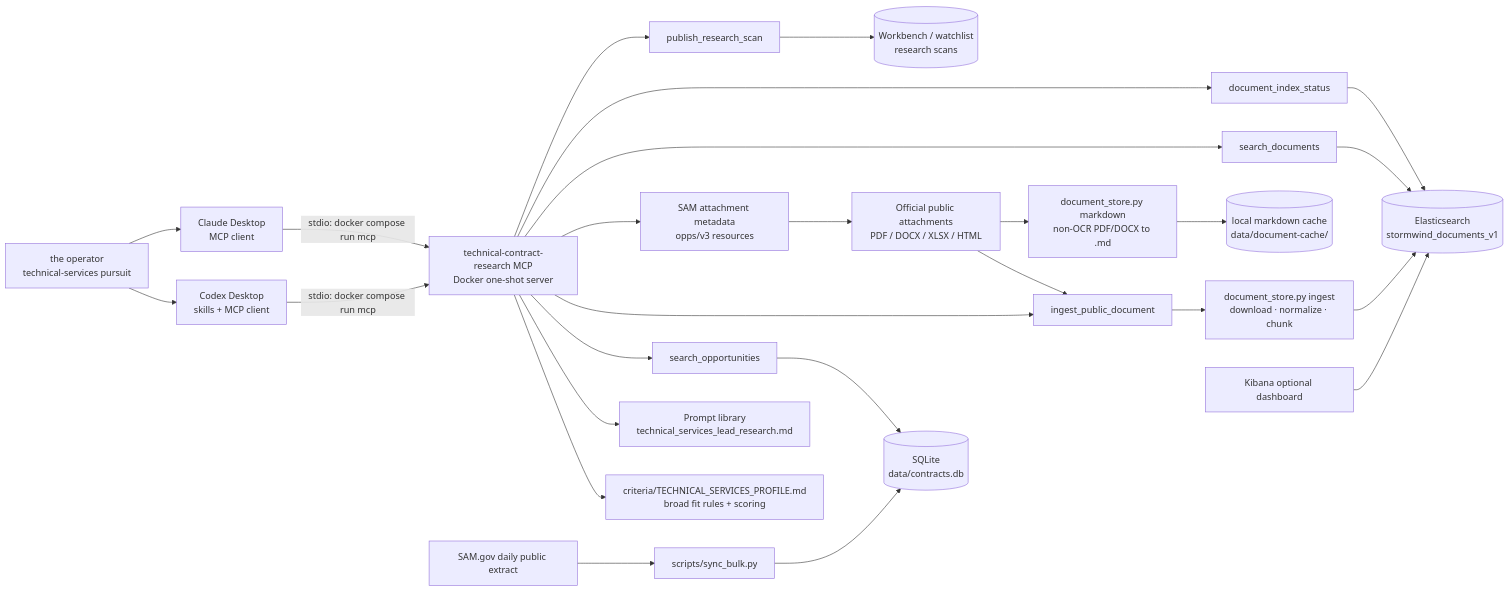
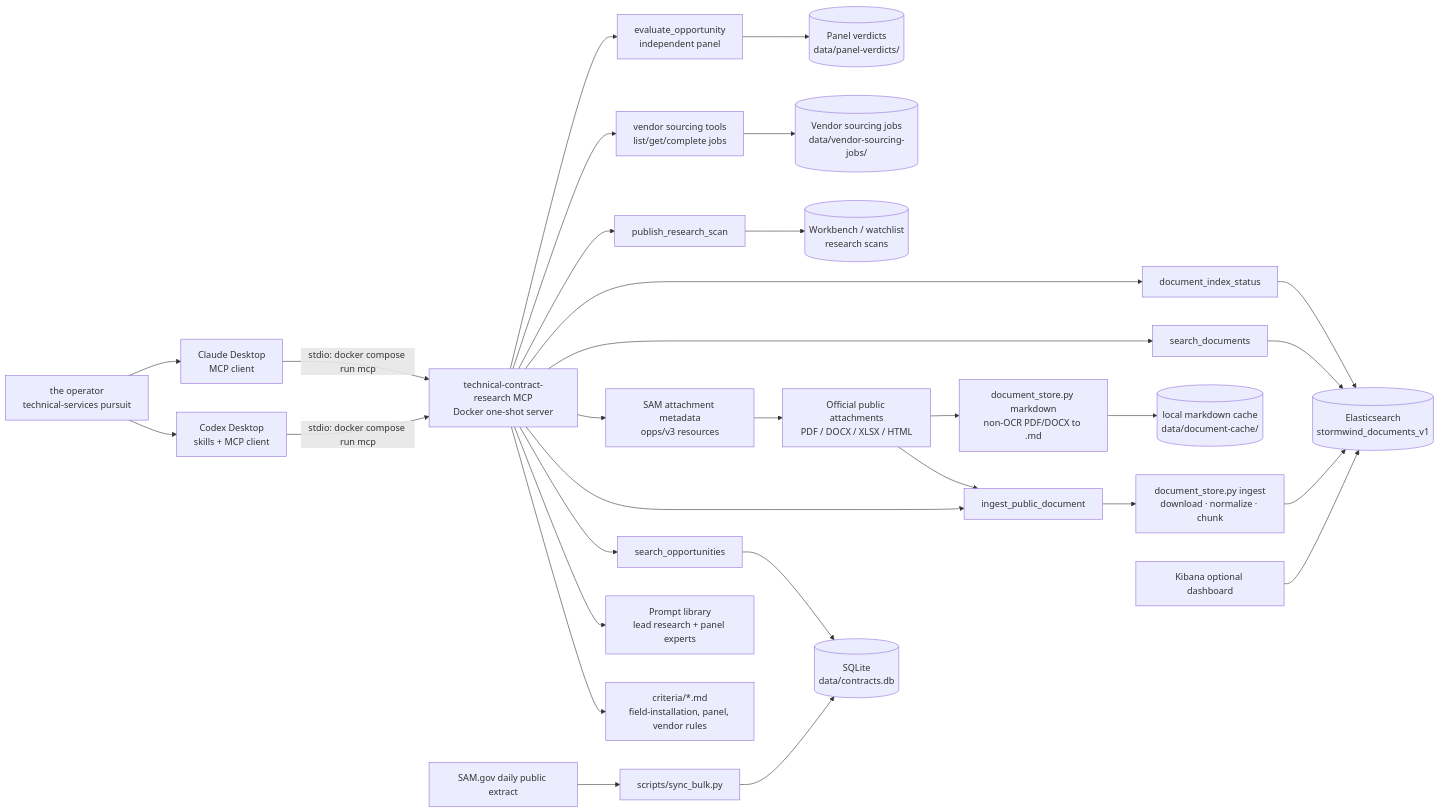
Before and after one commit to TheGerberBaby/SW_Sam.gov_Auto_Searcher: the first of 4 diagrams in docs/ARCHITECTURE.md, drawn with Mermaid. The commit also changed other lines of this file and 1 other file, not shown here.

Commit message:
update workbench schematic

````diff
--- a/docs/ARCHITECTURE.md
+++ b/docs/ARCHITECTURE.md
@@ -5,33 +5,37 @@
 ```mermaid
 flowchart LR
     U["the operator<br/>technical-services pursuit"] --> C["Codex Desktop<br/>skills + MCP client"]
     U --> D["Claude Desktop<br/>MCP client"]
 
     C -->|stdio: docker compose run mcp| M["technical-contract-research MCP<br/>Docker one-shot server"]
     D -->|stdio: docker compose run mcp| M
 
-    M --> P["criteria/TECHNICAL_SERVICES_PROFILE.md<br/>broad fit rules + scoring"]
-    M --> Q["Prompt library<br/>technical_services_lead_research.md"]
+    M --> P["criteria/*.md<br/>field-installation, panel, vendor rules"]
+    M --> Q["Prompt library<br/>lead research + panel experts"]
 
     M --> O["search_opportunities"]
     O --> S[("SQLite<br/>data/contracts.db")]
     B["SAM.gov daily public extract"] --> R["scripts/sync_bulk.py"]
     R --> S
 
     M --> I["ingest_public_document"]
     M --> A["SAM attachment metadata<br/>opps/v3 resources"]
     A --> G["Official public attachments<br/>PDF / DOCX / XLSX / HTML"]
     G --> I
     G --> MD["document_store.py markdown<br/>non-OCR PDF/DOCX to .md"]
     I --> X["document_store.py ingest<br/>download · normalize · chunk"]
     MD --> CACHED[("local markdown cache<br/>data/document-cache/")]
     X --> E[("Elasticsearch<br/>stormwind_documents_v1")]
 
     M --> F["search_documents"]
     M --> H["document_index_status"]
     M --> W["publish_research_scan"]
+    M --> V["vendor sourcing tools<br/>list/get/complete jobs"]
+    M --> Z["evaluate_opportunity<br/>independent panel"]
     F --> E
     H --> E
     W --> WB[("Workbench / watchlist<br/>research scans")]
+    V --> JOBS[("Vendor sourcing jobs<br/>data/vendor-sourcing-jobs/")]
+    Z --> PANEL[("Panel verdicts<br/>data/panel-verdicts/")]
     K["Kibana optional dashboard"] --> E
 ```
````
